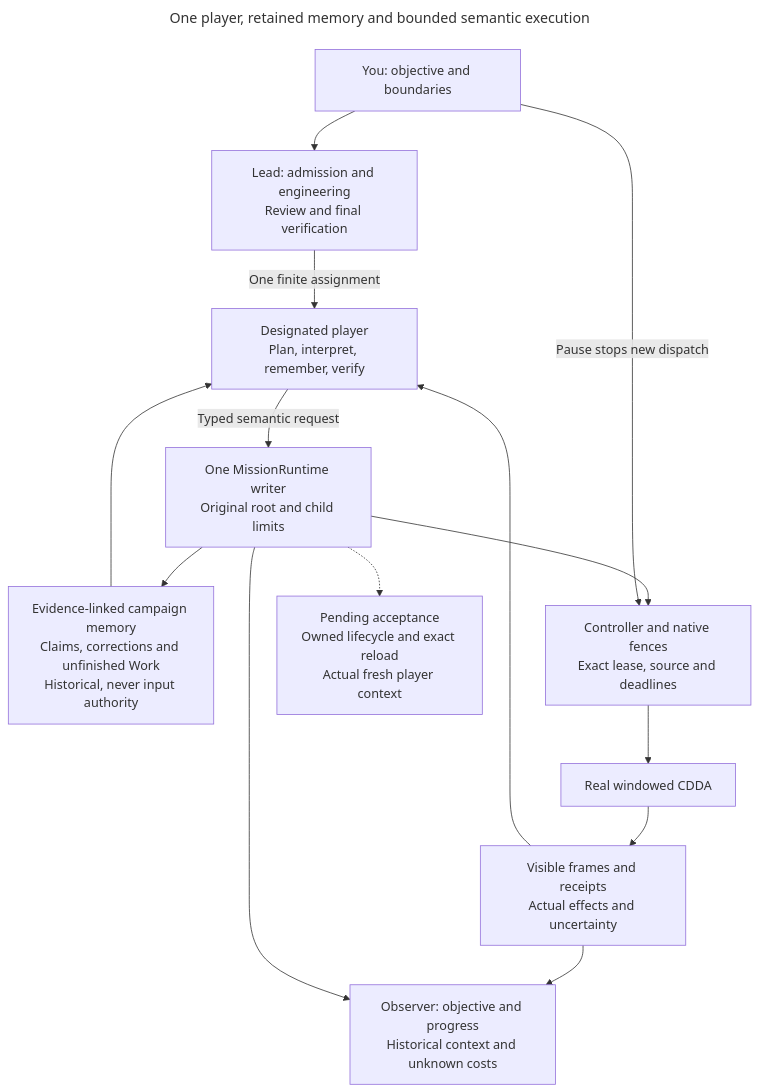
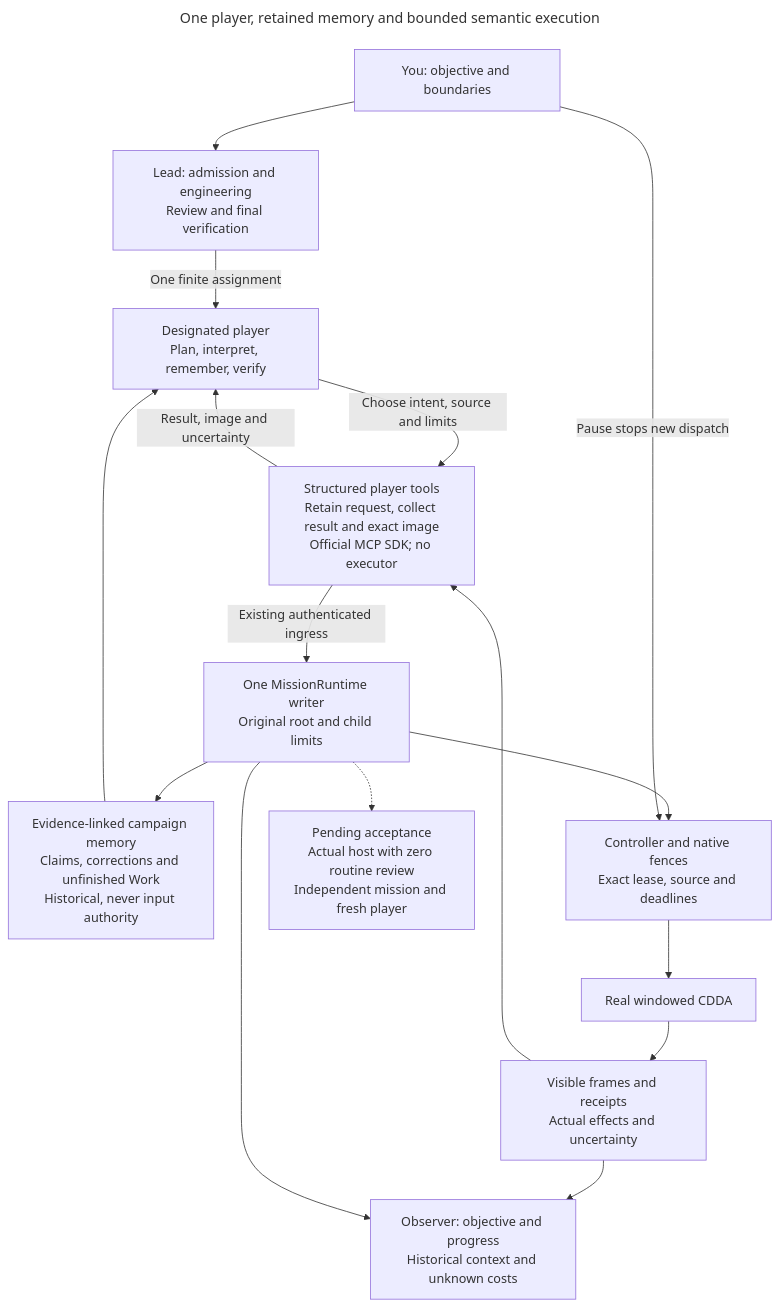
One commit to CVX-Hull/enactive changed the diagram in docs/diagrams/player.mmd. Above: the diagram before and after it, drawn with Mermaid. The commit also changed 38 other files, not shown here.

First line of the commit message:
Expose structured player tools through the existing mission ingress

```diff
--- a/docs/diagrams/player.mmd
+++ b/docs/diagrams/player.mmd
@@ -1,19 +1,21 @@
 ---
 title: One player, retained memory and bounded semantic execution
 ---
 flowchart TD
   accTitle: Player decisions, historical memory and one mission writer
-  accDescr: The user sets objectives and can Pause. The lead freezes admission and source, reviews evidence and verifies acceptance. One designated player plans, interprets visible evidence and requests semantic operations through MissionRuntime. Retained campaign memory supports decisions but grants no authority. The writer checks original limits and exact controller and native fences before the real windowed game. Actual frames and operation receipts return to the player and observer. Owned lifecycle and fresh-context continuity are pending acceptance gates; the lead supplies no ordinary gameplay rescue in the deciding mission.
+  accDescr: The user sets objectives and can Pause independently. The lead freezes admission and source, reviews evidence and verifies acceptance. One designated player plans, interprets visible evidence and uses structured player tools. The adapter retains exact requests and collects results and images through the existing ingress; it is not another executor. Retained campaign memory supports decisions but grants no authority. One MissionRuntime writer checks original limits and exact controller and native fences before the real windowed game. Actual frames and operation receipts return to the player and observer. Actual host loading without routine review and a full independent mission with a fresh player remain acceptance gates; the lead supplies no ordinary gameplay rescue.
   User["You: objective and boundaries"] --> Lead["Lead: admission and engineering<br/>Review and final verification"]
   Lead -->|"One finite assignment"| Player["Designated player<br/>Plan, interpret, remember, verify"]
   Memory["Evidence-linked campaign memory<br/>Claims, corrections and unfinished Work<br/>Historical, never input authority"] --> Player
-  Player -->|"Typed semantic request"| Runtime["One MissionRuntime writer<br/>Original root and child limits"]
+  Player -->|"Choose intent, source and limits"| Tools["Structured player tools<br/>Retain request, collect result and exact image<br/>Official MCP SDK; no executor"]
+  Tools -->|"Existing authenticated ingress"| Runtime["One MissionRuntime writer<br/>Original root and child limits"]
   Runtime --> Controller["Controller and native fences<br/>Exact lease, source and deadlines"]
   Controller --> Game["Real windowed CDDA"]
   Game --> Evidence["Visible frames and receipts<br/>Actual effects and uncertainty"]
-  Evidence --> Player
+  Evidence --> Tools
+  Tools -->|"Result, image and uncertainty"| Player
   Runtime --> Memory
   Evidence --> Viewer["Observer: objective and progress<br/>Historical context and unknown costs"]
   Runtime --> Viewer
   User -->|"Pause stops new dispatch"| Controller
-  Runtime -.-> Gate["Pending acceptance<br/>Owned lifecycle and exact reload<br/>Actual fresh player context"]
+  Runtime -.-> Gate["Pending acceptance<br/>Actual host with zero routine review<br/>Independent mission and fresh player"]
```
